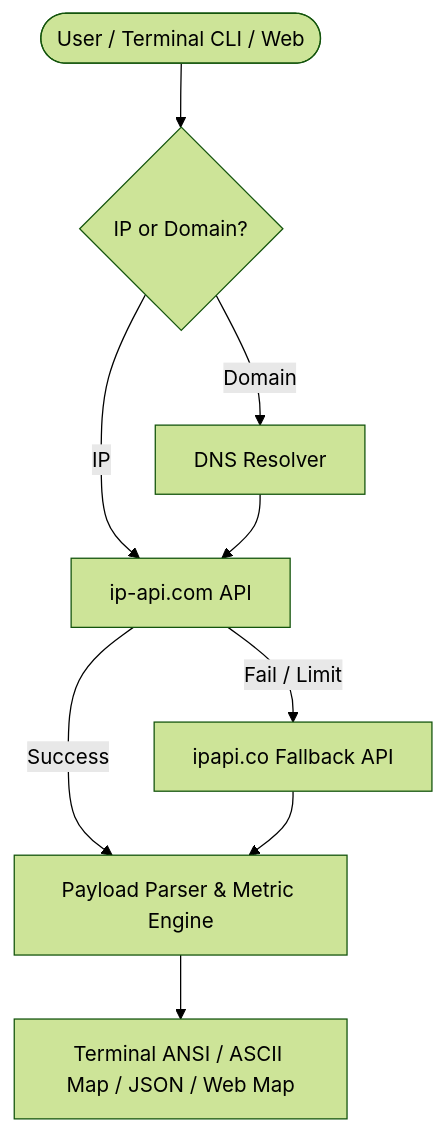
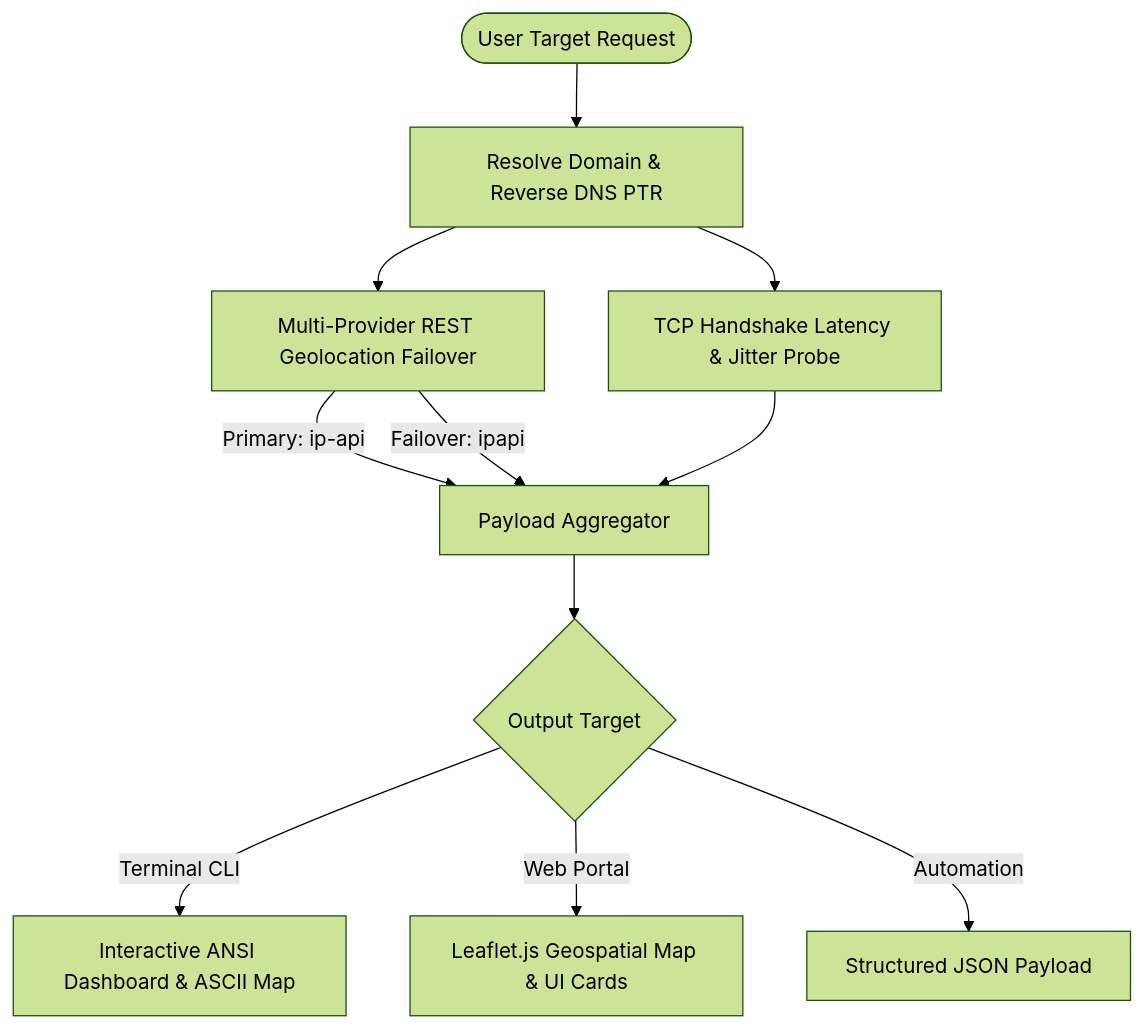
One commit to VaibhavNITK/geopulse-cli changed the diagram in README.md. Above: the diagram before and after it, drawn with Mermaid (forest theme). The commit also changed other lines of this file, not shown here.

Commit message:
docs: update README with CLI & Web Showcase architecture and quant benchmark highlights

````diff
--- a/README.md
+++ b/README.md
@@ -89,11 +100,13 @@
 ```mermaid
 flowchart TD
-    User([User / Terminal CLI / Web]) --> Input{IP or Domain?}
-    Input -->|Domain| DNS[DNS Resolver]
-    Input -->|IP| Provider1[ip-api.com API]
-    DNS --> Provider1
-    Provider1 -->|Success| Parser[Payload Parser & Metric Engine]
-    Provider1 -->|Fail / Limit| Provider2[ipapi.co Fallback API]
-    Provider2 --> Parser
-    Parser --> Output[Terminal ANSI / ASCII Map / JSON / Web Map]
+    User([User Target Request]) --> Resolve[Resolve Domain & Reverse DNS PTR]
+    Resolve --> SocketProbe[TCP Handshake Latency & Jitter Probe]
+    Resolve --> FailoverEngine[Multi-Provider REST Geolocation Failover]
+    FailoverEngine -->|Primary: ip-api| DataParser[Payload Aggregator]
+    FailoverEngine -->|Failover: ipapi| DataParser
+    SocketProbe --> DataParser
+    DataParser --> OutputChoice{Output Target}
+    OutputChoice -->|Terminal CLI| ANSI[Interactive ANSI Dashboard & ASCII Map]
+    OutputChoice -->|Web Portal| Leaflet[Leaflet.js Geospatial Map & UI Cards]
+    OutputChoice -->|Automation| JSON[Structured JSON Payload]
 ```
````
